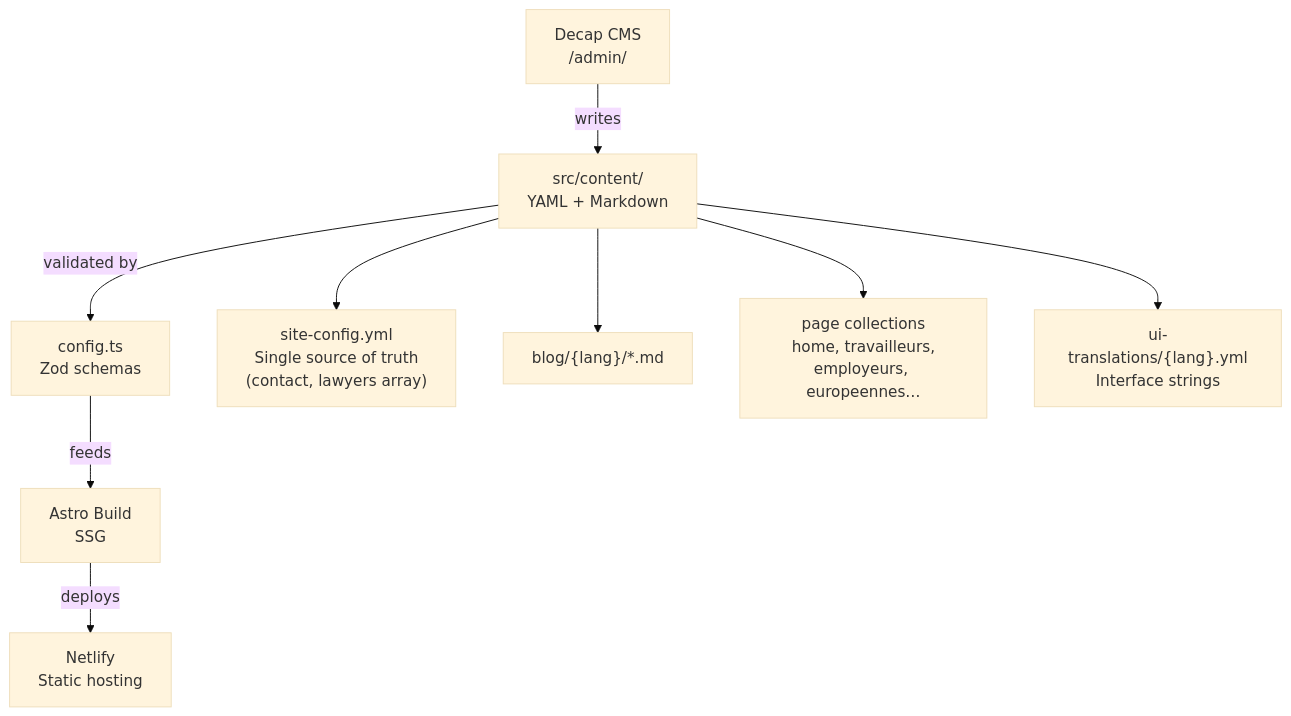
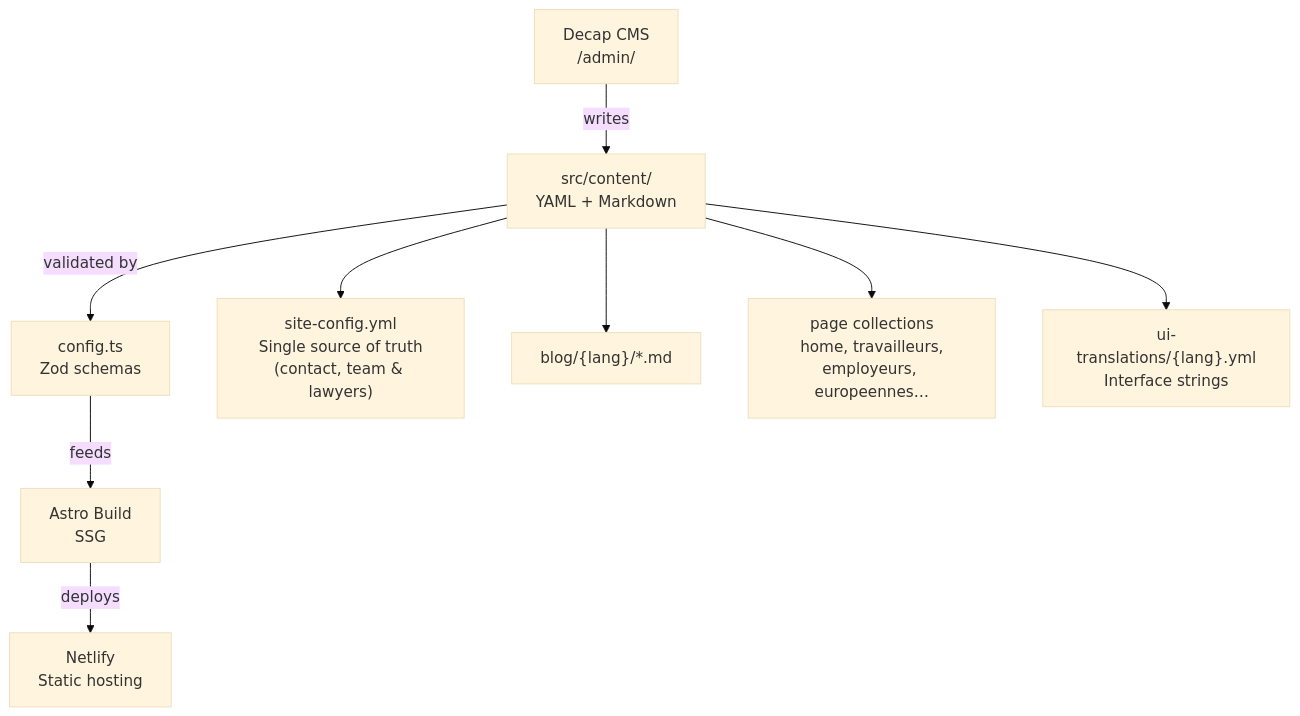
One commit to ggustin93/Rizzo-Astro-Tailwind changed the diagram in README.md. Above: the diagram before and after it, drawn with Mermaid (base theme). The commit also changed 5 other files, not shown here.

````diff
--- a/README.md
+++ b/README.md
@@ -17,12 +17,12 @@
 ```mermaid
 graph TD
     CMS["Decap CMS<br/>/admin/"] -->|writes| YAML["src/content/<br/>YAML + Markdown"]
     YAML -->|validated by| SCHEMA["config.ts<br/>Zod schemas"]
     SCHEMA -->|feeds| BUILD["Astro Build<br/>SSG"]
     BUILD -->|deploys| NETLIFY["Netlify<br/>Static hosting"]
 
-    YAML --> CONFIG["site-config.yml<br/>Single source of truth<br/>(contact, lawyers array)"]
+    YAML --> CONFIG["site-config.yml<br/>Single source of truth<br/>(contact, team & lawyers)"]
     YAML --> BLOG["blog/{lang}/*.md"]
     YAML --> PAGES["page collections<br/>home, travailleurs,<br/>employeurs, europeennes…"]
     YAML --> I18N["ui-translations/{lang}.yml<br/>Interface strings"]
 ```
````
